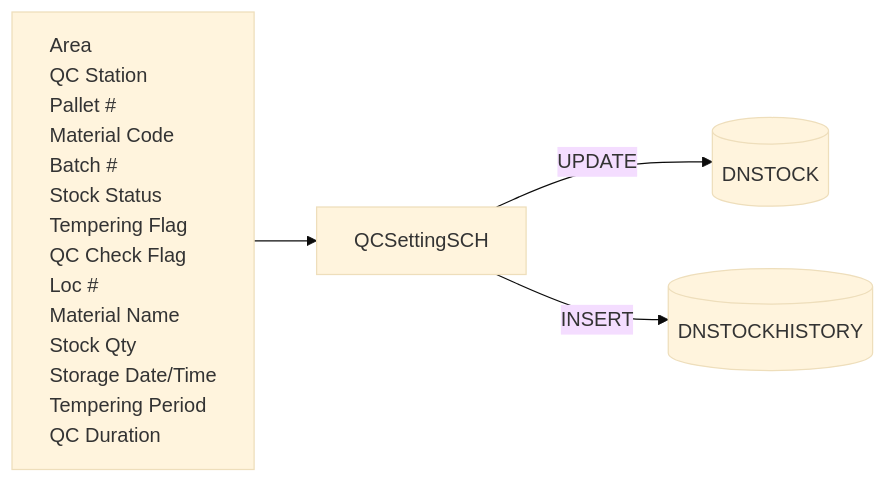
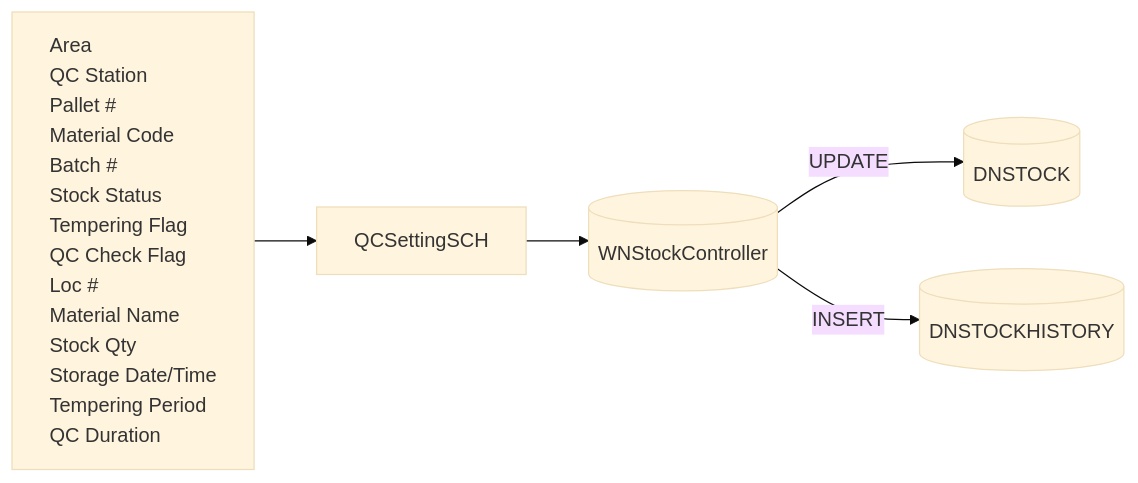
The second of 2 diagrams in Basic-Design/DFD-WMS/QC-Setting/Update-QC-Status.md (luthfiadityaa/SimeDarby-Wiki), drawn with Mermaid (base theme) before and after one commit. The commit also changed 1 other file, not shown here.

Commit message:
update class WNStockController and child pages in QC-Setting

```diff
--- a/Basic-Design/DFD-WMS/QC-Setting/Update-QC-Status.md
+++ b/Basic-Design/DFD-WMS/QC-Setting/Update-QC-Status.md
@@ -50,35 +50,40 @@
 ::: mermaid
 flowchart LR
     input[
         Area
         QC Station
         Pallet #
         Material Code
         Batch #
         Stock Status
         Tempering Flag
         QC Check Flag
         Loc #
         Material Name
         Stock Qty
         Storage Date/Time
         Tempering Period
         QC Duration
     ]
 
      tableList-update[("
         DNSTOCK
     ")]
 
      tableList-insert[("
         DNSTOCKHISTORY
     ")]
+	
+	 tableList-controller[("
+        WNStockController
+    ")]
 
     input-->className[QCSettingSCH]
 
-    className --> |UPDATE| tableList-update
-    className --> |INSERT| tableList-insert
+    className --> tableList-controller
+	tableList-controller --> |UPDATE| tableList-update
+    tableList-controller --> |INSERT| tableList-insert
 
     classDef leftAlign text-align:left;
     class input leftAlign;
 :::
```
